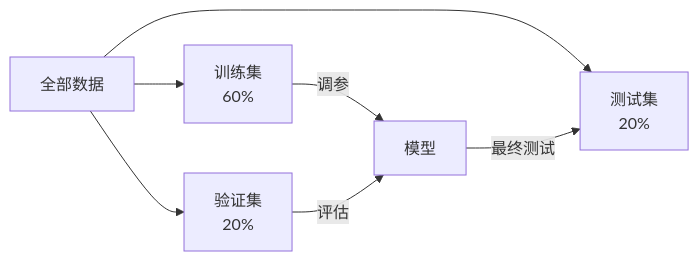
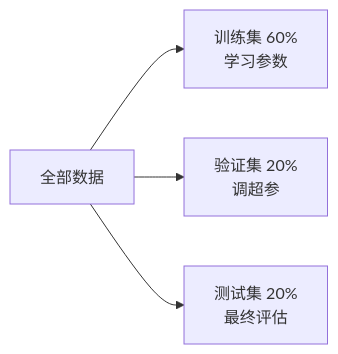
The diagram in src/content/docs/tutorials/ml-basics/07-model-evaluation.mdx (hxjmmmm/thought-vectors), drawn with Mermaid before and after one commit. The commit also changed other lines of this file and 4 other files, not shown here.

````diff
--- a/src/content/docs/tutorials/ml-basics/07-model-evaluation.mdx
+++ b/src/content/docs/tutorials/ml-basics/07-model-evaluation.mdx
@@ -12,9 +12,6 @@
 ```mermaid
 flowchart LR
-    A[全部数据] --> B[训练集<br/>60%]
-    A --> C[验证集<br/>20%]
-    A --> D[测试集<br/>20%]
-    B -->|调参| E[模型]
-    C -->|评估| E
-    E -->|最终测试| D
+    A[全部数据] --> B[训练集 60%<br/>学习参数]
+    A --> C[验证集 20%<br/>调超参]
+    A --> D[测试集 20%<br/>最终评估]
 ```
````
